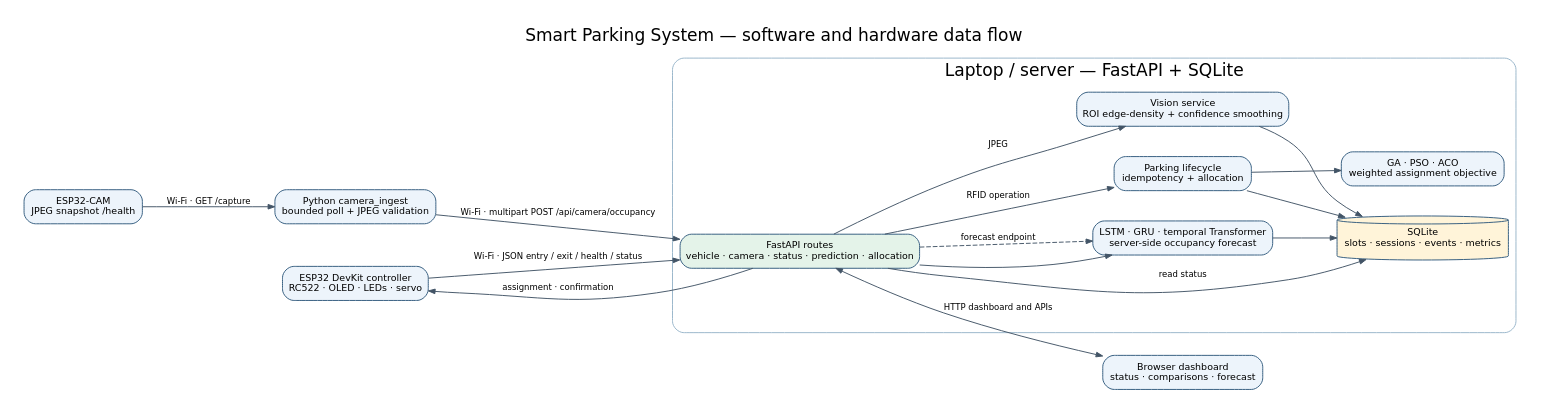
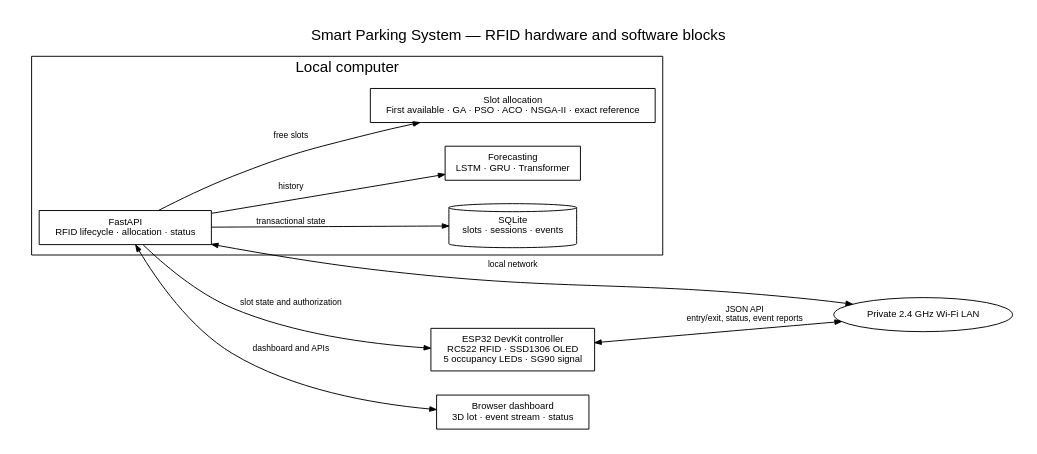
One commit to dumbly-smart/smart-parking changed the diagram in review_outputs/2026-10-15/final_submission/hardware/system_architecture.dot. Above: the diagram before and after it, drawn with Graphviz. The commit also changed 301 other files, not shown here.

Commit message:
Complete SUMO parking system and final report

```diff
--- a/review_outputs/2026-10-15/final_submission/hardware/system_architecture.dot
+++ b/review_outputs/2026-10-15/final_submission/hardware/system_architecture.dot
@@ -1,36 +1,21 @@
 digraph system {
-  graph [rankdir=LR, bgcolor="white", pad="0.25", nodesep="0.45", ranksep="0.7", fontname="DejaVu Sans", labelloc="t", label="Smart Parking System — software and hardware data flow", fontsize=18];
-  node [shape=box, style="rounded,filled", fillcolor="#edf4fb", color="#315a7d", fontname="DejaVu Sans", fontsize=10, margin="0.12,0.08"];
-  edge [fontname="DejaVu Sans", fontsize=9, color="#425466", arrowsize=0.7];
-
-  cam [label="ESP32-CAM\nJPEG snapshot /health"];
-  ingest [label="Python camera_ingest\nbounded poll + JPEG validation"];
-  controller [label="ESP32 DevKit controller\nRC522 · OLED · LEDs · servo"];
-  browser [label="Browser dashboard\nstatus · comparisons · forecast"];
-
-  subgraph cluster_backend {
-    label="Laptop / server — FastAPI + SQLite";
-    color="#97b4ca"; style="rounded";
-    api [label="FastAPI routes\nvehicle · camera · status · prediction · allocation", fillcolor="#e4f3e9"];
-    vision [label="Vision service\nROI edge-density + confidence smoothing"];
-    lifecycle [label="Parking lifecycle\nidempotency + allocation"];
-    optimizer [label="GA · PSO · ACO\nweighted assignment objective"];
-    prediction [label="LSTM · GRU · temporal Transformer\nserver-side occupancy forecast"];
-    db [shape=cylinder, label="SQLite\nslots · sessions · events · metrics", fillcolor="#fff4d9"];
-    api -> vision [label="JPEG"];
-    api -> lifecycle [label="RFID operation"];
-    lifecycle -> optimizer;
-    api -> prediction;
-    vision -> db;
-    lifecycle -> db;
-    prediction -> db;
-    api -> db [label="read status"];
+  graph [rankdir=LR, bgcolor=white, pad=0.25, nodesep=0.35, ranksep=0.6, fontname="Helvetica", labelloc=t, label="Smart Parking System — RFID hardware and software blocks", fontsize=16];
+  node [shape=box, style="solid", color=black, fontcolor=black, fontname="Helvetica", fontsize=10, margin="0.12,0.08", penwidth=1];
+  edge [color=black, fontcolor=black, fontname="Helvetica", fontsize=9, arrowsize=0.7, penwidth=1];
+  controller [label="ESP32 DevKit controller\nRC522 RFID · SSD1306 OLED\n5 occupancy LEDs · SG90 signal"];
+  wifi [shape=ellipse, label="Private 2.4 GHz Wi-Fi LAN"];
+  subgraph cluster_server { label="Local computer"; color=black; style=solid;
+    api [label="FastAPI\nRFID lifecycle · allocation · status"];
+    db [shape=cylinder, label="SQLite\nslots · sessions · events"];
+    prediction [label="Forecasting\nLSTM · GRU · Transformer"];
+    allocation [label="Slot allocation\nFirst available · GA · PSO · ACO · NSGA-II · exact reference"];
+    api -> db [label="transactional state"];
+    api -> prediction [label="history"];
+    api -> allocation [label="free slots"];
   }
-
-  cam -> ingest [label="Wi-Fi · GET /capture"];
-  ingest -> api [label="Wi-Fi · multipart POST /api/camera/occupancy"];
-  controller -> api [label="Wi-Fi · JSON entry / exit / health / status"];
-  api -> controller [label="assignment · confirmation"];
-  api -> browser [dir=both, label="HTTP dashboard and APIs"];
-  api -> prediction [style=dashed, label="forecast endpoint"];
+  browser [label="Browser dashboard\n3D lot · event stream · status"];
+  controller -> wifi [dir=both, label="JSON API\nentry/exit, status, event reports"];
+  wifi -> api [dir=both, label="local network"];
+  api -> browser [dir=both, label="dashboard and APIs"];
+  api -> controller [label="slot state and authorization"];
 }
```
